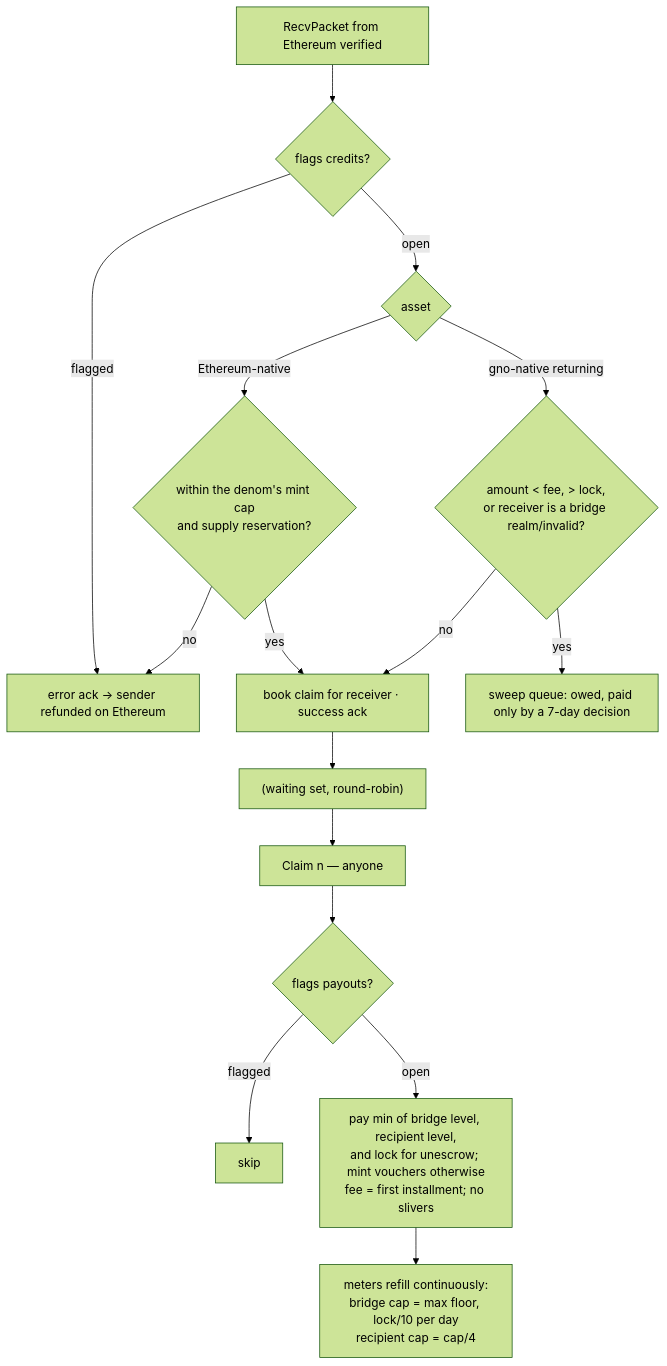
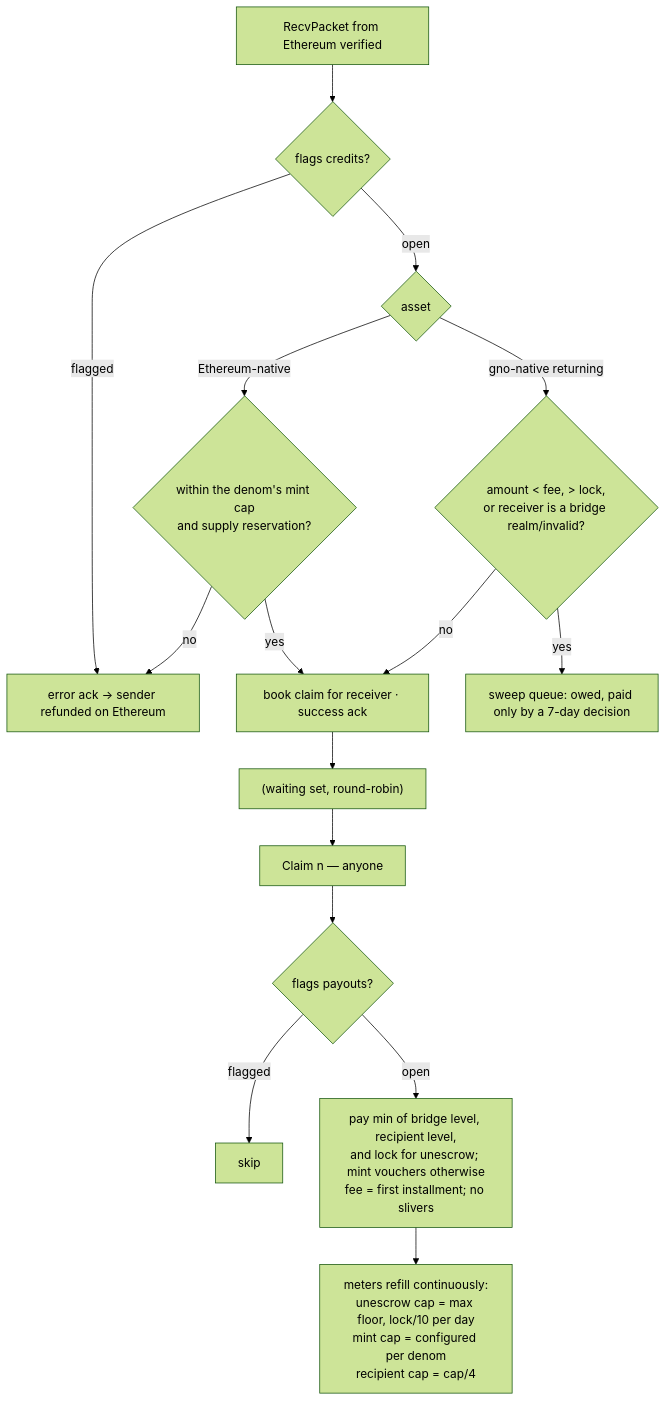
The ninth of 13 diagrams in gno.land/adr/pr6375_ibc_ethereum.md (gnolang/gno), drawn with Mermaid (forest theme) before and after one commit. The commit also changed other lines of this file, not shown here.

````diff
--- a/gno.land/adr/pr6375_ibc_ethereum.md
+++ b/gno.land/adr/pr6375_ibc_ethereum.md
@@ -485,18 +488,18 @@
 ```mermaid
 flowchart TD
   RX[RecvPacket from Ethereum verified] --> F{flags credits?}
   F -- flagged --> ERR[error ack → sender refunded on Ethereum]
   F -- open --> KIND{asset}
   KIND -- gno-native returning --> SW{amount < fee, > lock,<br/>or receiver is a bridge realm/invalid?}
   KIND -- Ethereum-native --> MC{within the denom's mint cap<br/>and supply reservation?}
   MC -- no --> ERR
   MC -- yes --> CL
   SW -- yes --> SWEEP[sweep queue: owed, paid only by a 7-day decision]
   SW -- no --> CL[book claim for receiver · success ack]
   CL --> WQ["(waiting set, round-robin)"]
   WQ --> CLAIM[Claim n — anyone]
   CLAIM --> PF{flags payouts?}
   PF -- flagged --> STOP[skip]
   PF -- open --> PAY[pay min of bridge level, recipient level,<br/>and lock for unescrow; mint vouchers otherwise<br/>fee = first installment; no slivers]
-  PAY --> REF[meters refill continuously:<br/>bridge cap = max floor, lock/10 per day<br/>recipient cap = cap/4]
+  PAY --> REF[meters refill continuously:<br/>unescrow cap = max floor, lock/10 per day<br/>mint cap = configured per denom<br/>recipient cap = cap/4]
 ```
````
